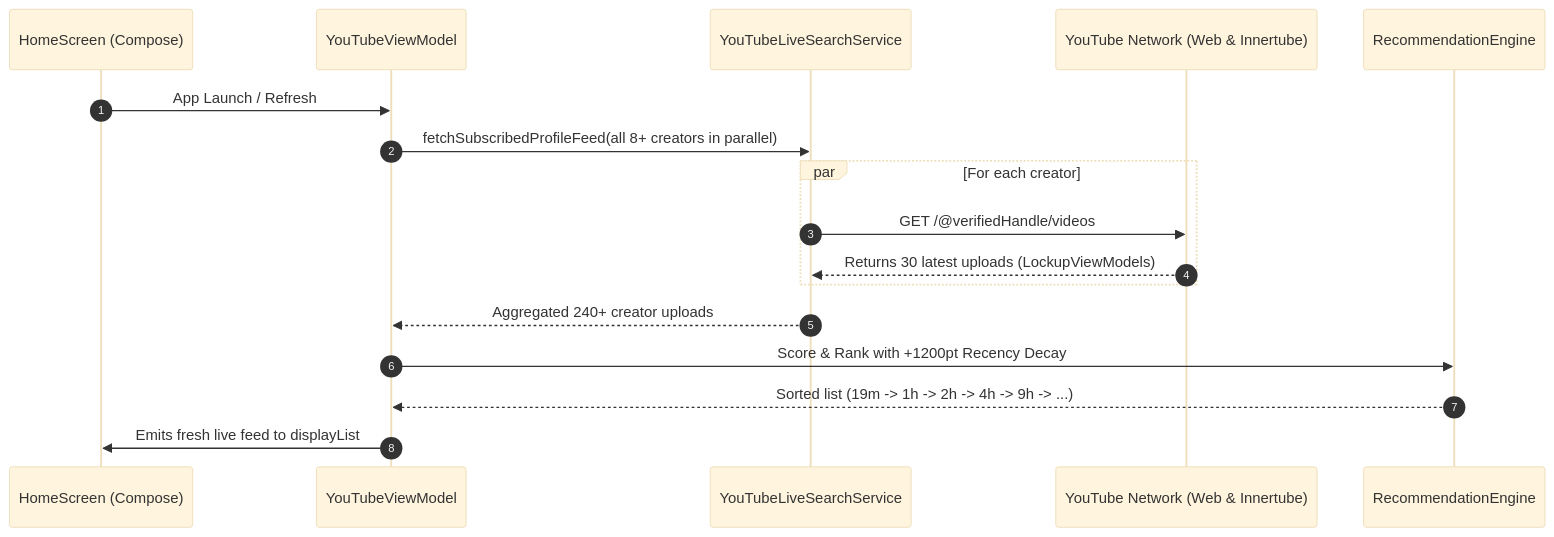
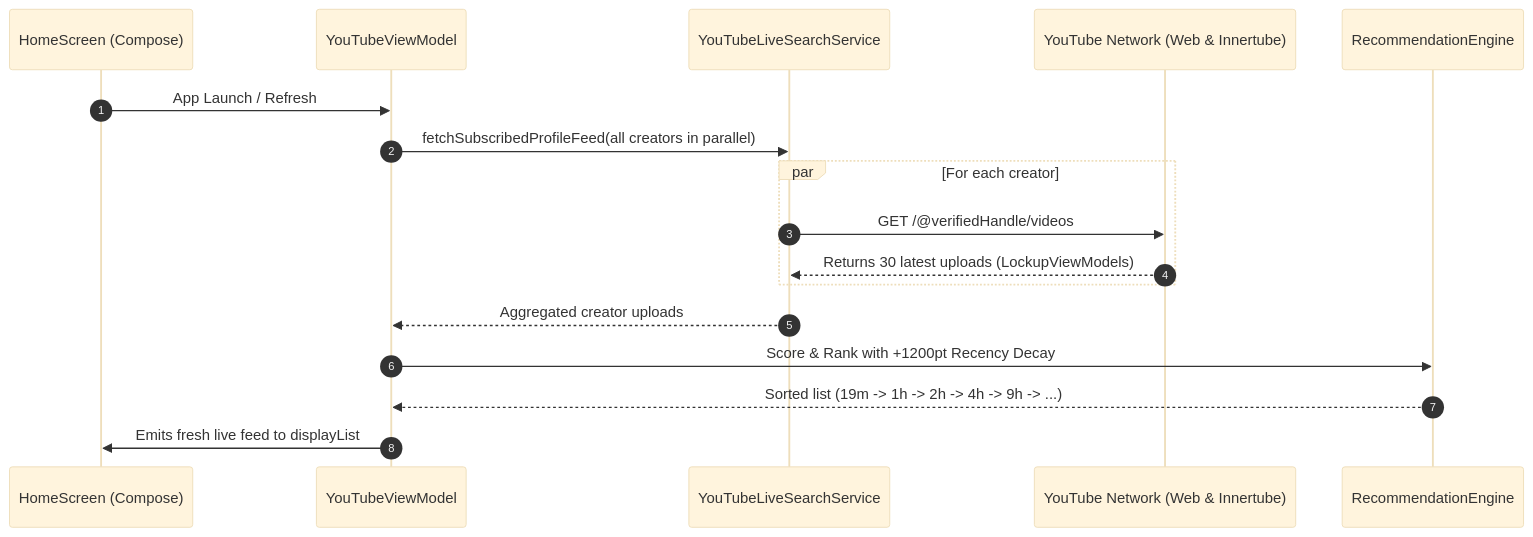
Before and after one commit to Viguru24/YouTube: the second of 2 diagrams in docs/feed_architecture_report.md, drawn with Mermaid (base theme). The commit also changed other lines of this file and 37 other files, not shown here.

````diff
--- a/docs/feed_architecture_report.md
+++ b/docs/feed_architecture_report.md
@@ -71,20 +71,20 @@
 ```mermaid
 sequenceDiagram
     autonumber
     participant UI as HomeScreen (Compose)
     participant VM as YouTubeViewModel
     participant Service as YouTubeLiveSearchService
     participant YT as YouTube Network (Web & Innertube)
     participant Engine as RecommendationEngine
 
     UI->>VM: App Launch / Refresh
-    VM->>Service: fetchSubscribedProfileFeed(all 8+ creators in parallel)
+    VM->>Service: fetchSubscribedProfileFeed(all creators in parallel)
     par For each creator
         Service->>YT: GET /@verifiedHandle/videos
         YT-->>Service: Returns 30 latest uploads (LockupViewModels)
     end
-    Service-->>VM: Aggregated 240+ creator uploads
+    Service-->>VM: Aggregated creator uploads
     VM->>Engine: Score & Rank with +1200pt Recency Decay
     Engine-->>VM: Sorted list (19m -> 1h -> 2h -> 4h -> 9h -> ...)
     VM->>UI: Emits fresh live feed to displayList
 ```
````
